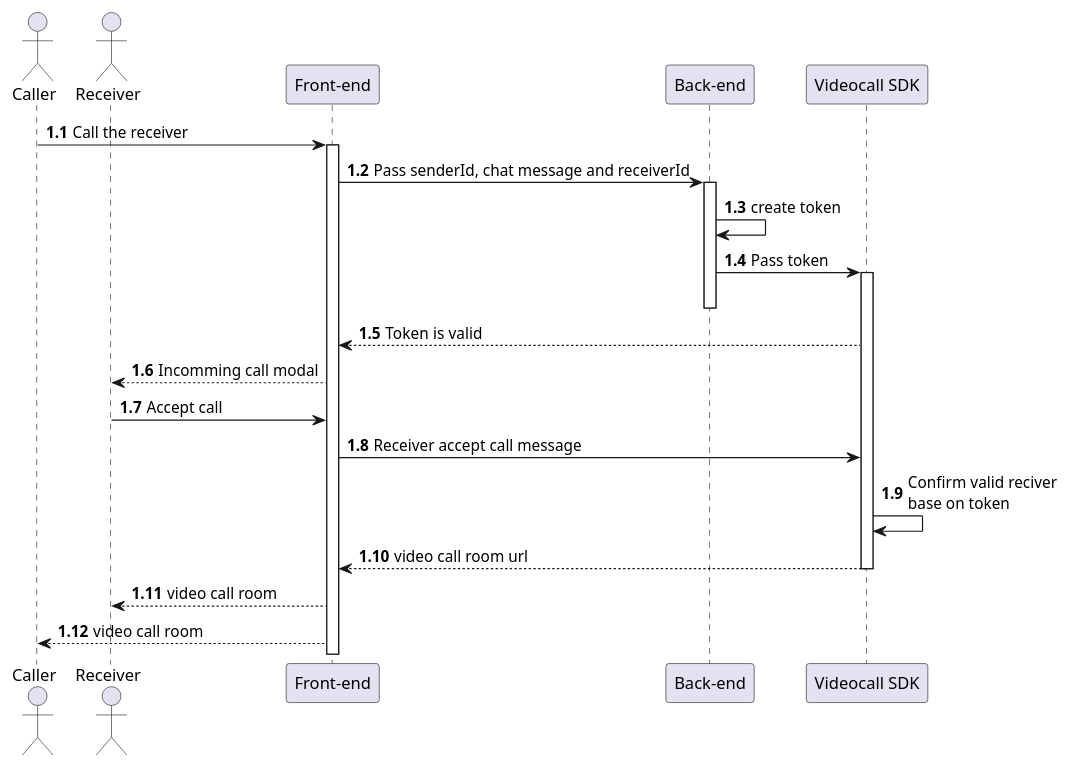
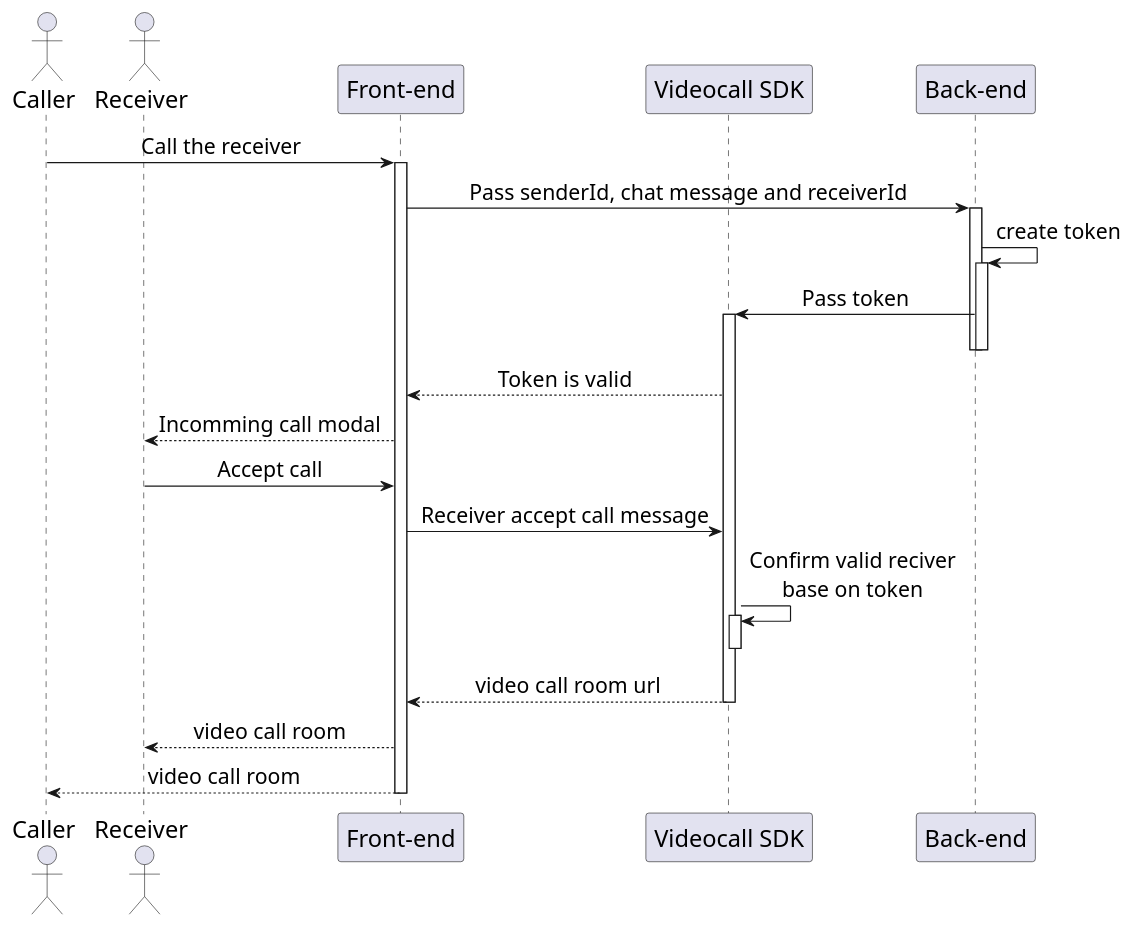
The diagram in Sequences_diagrams/CallVideo.pu (HTPhong-276/iCoaching-Diagrams), drawn with PlantUML before and after one commit. The commit also changed 75 other files, not shown here.

Commit message:
Update Sequences_diagrams

```diff
--- a/Sequences_diagrams/CallVideo.pu
+++ b/Sequences_diagrams/CallVideo.pu
@@ -1,24 +1,35 @@
 @startuml CallVideo
+skinparam sequenceMessageAlign center
+skinparam sequenceGroupFontSize 20
+skinparam sequenceGroupHeaderFontSize 20
+skinparam sequence {
+    ParticipantFontSize 20
+    ActorFontSize 20
+    DatabaseFontSize 20
+    ArrowFontSize 18
+} 
 actor Caller as caller
 actor Receiver as receiver
 participant "Front-end" as client
+participant "Videocall SDK" as sdk
 participant "Back-end" as server
-participant "Videocall SDK" as sdk
 
-autonumber 1.1 "<b>0:"
 
 caller -> client++ : Call the receiver
 client -> server++ : Pass senderId, chat message and receiverId
-server -> server : create token
+server -> server++ : create token
 server -> sdk++ : Pass token
 deactivate server
+deactivate
 sdk --> client : Token is valid 
 client --> receiver : Incomming call modal
 receiver -> client : Accept call
 client -> sdk : Receiver accept call message 
-sdk -> sdk : Confirm valid reciver\nbase on token
+sdk -> sdk++ : Confirm valid reciver\nbase on token
+deactivate
 sdk --> client : video call room url
 deactivate sdk
 client --> receiver : video call room
 client --> caller : video call room
+deactivate client
 @enduml
```
